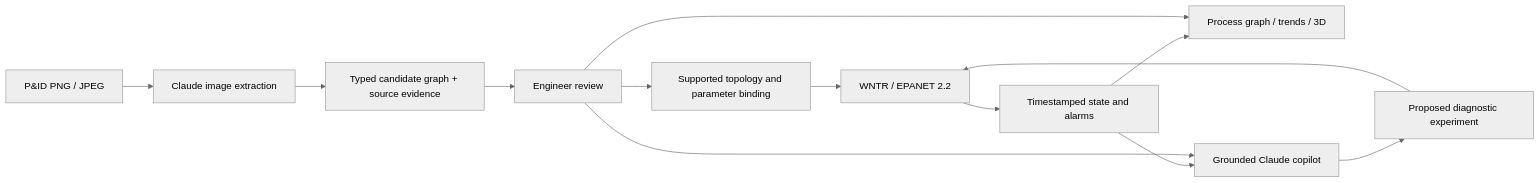
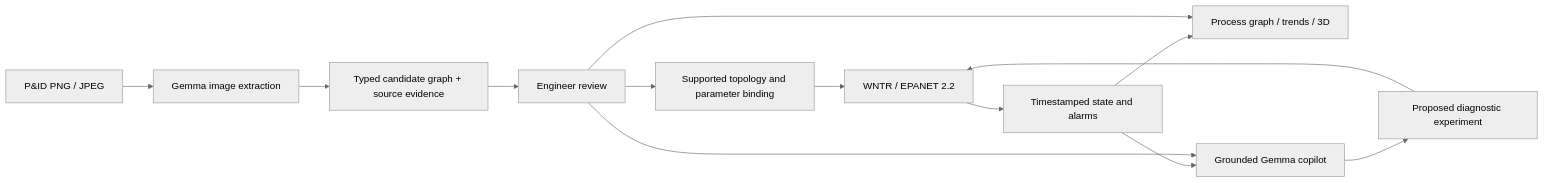
One commit to p3w-p3w-alpha/PlantGraph_AI changed the diagram in docs/architecture.md. Above: the diagram before and after it, drawn with Mermaid (neutral theme). The commit also changed other lines of this file and 95 other files, not shown here.

````diff
--- a/docs/architecture.md
+++ b/docs/architecture.md
@@ -5,15 +5,15 @@
 ```mermaid
 flowchart LR
-    D[P&ID PNG / JPEG] --> A[Claude image extraction]
+    D[P&ID PNG / JPEG] --> A[Gemma image extraction]
     A --> V[Typed candidate graph + source evidence]
     V --> R[Engineer review]
     R --> B[Supported topology and parameter binding]
     B --> H[WNTR / EPANET 2.2]
     H --> S[Timestamped state and alarms]
     S --> G[Process graph / trends / 3D]
     R --> G
-    S --> C[Grounded Claude copilot]
+    S --> C[Grounded Gemma copilot]
     R --> C
     C --> W[Proposed diagnostic experiment]
     W --> H
 ```
````
